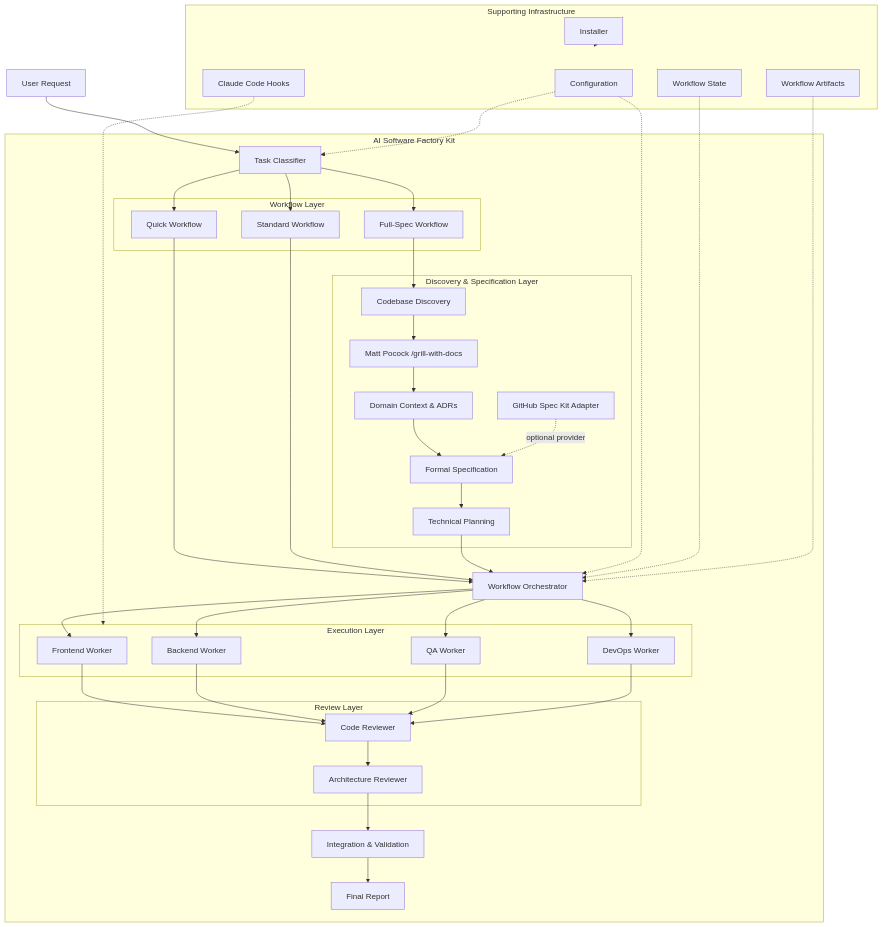
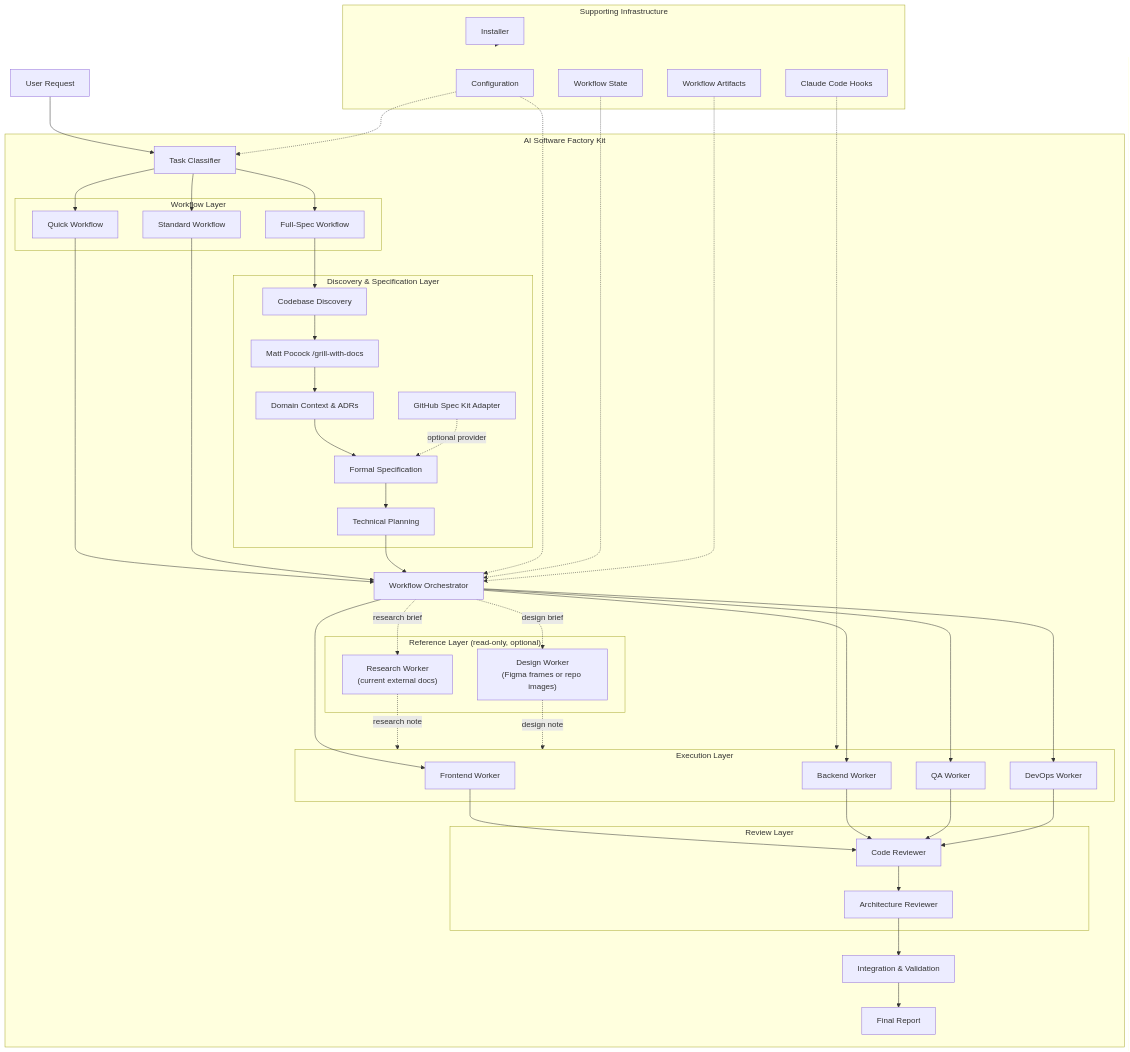
Before and after one commit to leoarkiteto/ai-software-factory-kit: the first of 9 diagrams in docs/architecture.md, drawn with Mermaid. The commit also changed other lines of this file and 17 other files, not shown here.

First line of the commit message:
Show the research and design workers in the diagrams

```diff
--- a/docs/architecture.md
+++ b/docs/architecture.md
@@ -74,6 +74,11 @@
             BACKEND[Backend Worker]
             QA[QA Worker]
             DEVOPS[DevOps Worker]
+        end
+
+        subgraph REFERENCE["Reference Layer (read-only, optional)"]
+            RESEARCHER["Research Worker<br/>(current external docs)"]
+            DESIGNER["Design Worker<br/>(Figma frames or repo images)"]
         end
 
         subgraph REVIEW["Review Layer"]
@@ -116,6 +121,11 @@
     ORCHESTRATOR --> QA
     ORCHESTRATOR --> DEVOPS
 
+    ORCHESTRATOR -. "research brief" .-> RESEARCHER
+    ORCHESTRATOR -. "design brief" .-> DESIGNER
+    RESEARCHER -. "research note" .-> WORKERS
+    DESIGNER -. "design note" .-> WORKERS
+
     FRONTEND --> CODE_REVIEW
     BACKEND --> CODE_REVIEW
     QA --> CODE_REVIEW
```
